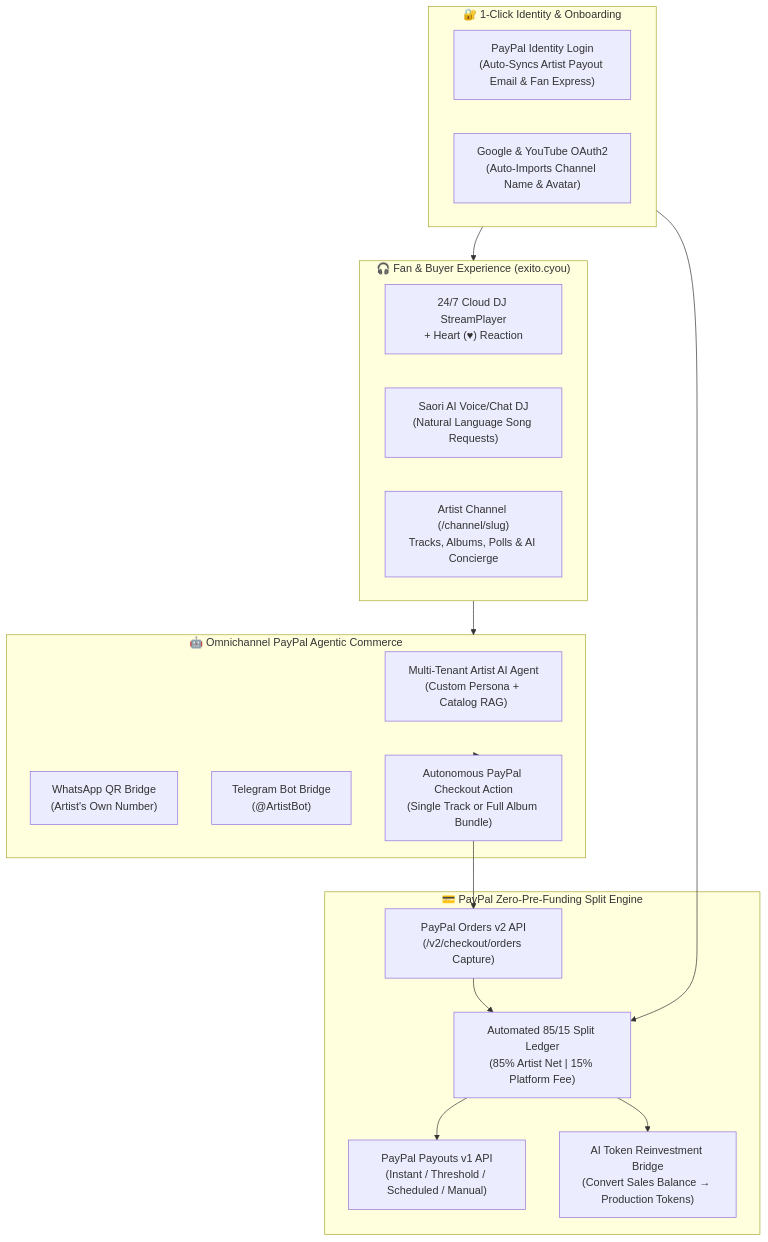
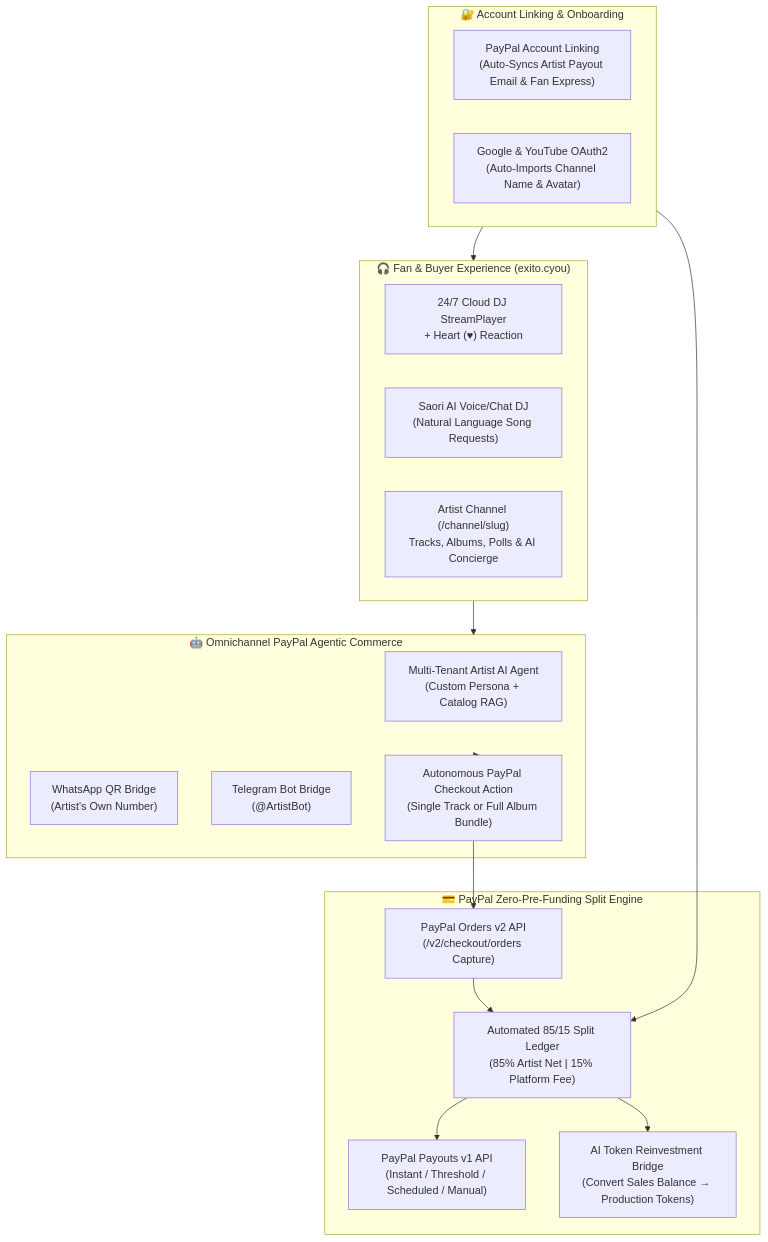
One commit to jonnathanypg/paypal-agentic-music-marketplace changed the diagram in README.md. Above: the diagram before and after it, drawn with Mermaid. The commit also changed other lines of this file and 25 other files, not shown here.

````diff
--- a/README.md
+++ b/README.md
@@ -48,36 +48,36 @@
 ```mermaid
 flowchart TB
-    subgraph Auth["🔐 1-Click Identity & Onboarding"]
-        PPLogin["PayPal Identity Login\n(Auto-Syncs Artist Payout Email & Fan Express)"]
+    subgraph Auth["🔐 Account Linking & Onboarding"]
+        PPLogin["PayPal Account Linking\n(Auto-Syncs Artist Payout Email & Fan Express)"]
         GLogin["Google & YouTube OAuth2\n(Auto-Imports Channel Name & Avatar)"]
     end
 
     subgraph FanExperience["🎧 Fan & Buyer Experience (exito.cyou)"]
         Player["24/7 Cloud DJ StreamPlayer\n+ Heart (♥) Reaction"]
         Saori["Saori AI Voice/Chat DJ\n(Natural Language Song Requests)"]
         ChannelPage["Artist Channel (/channel/slug)\nTracks, Albums, Polls & AI Concierge"]
     end
 
     subgraph AgenticLayer["🤖 Omnichannel PayPal Agentic Commerce"]
         ArtistRAG["Multi-Tenant Artist AI Agent\n(Custom Persona + Catalog RAG)"]
         WA["WhatsApp QR Bridge\n(Artist's Own Number)"]
         TG["Telegram Bot Bridge\n(@ArtistBot)"]
         CheckoutCard["Autonomous PayPal Checkout Action\n(Single Track or Full Album Bundle)"]
     end
 
     subgraph PayPalEngine["💳 PayPal Zero-Pre-Funding Split Engine"]
         PPOrders["PayPal Orders v2 API\n(/v2/checkout/orders Capture)"]
         SplitLedger["Automated 85/15 Split Ledger\n(85% Artist Net | 15% Platform Fee)"]
         PPPayouts["PayPal Payouts v1 API\n(Instant / Threshold / Scheduled / Manual)"]
         TokenBridge["AI Token Reinvestment Bridge\n(Convert Sales Balance → Production Tokens)"]
     end
 
     Auth --> FanExperience
     Auth --> SplitLedger
     FanExperience --> AgenticLayer
     AgenticLayer --> CheckoutCard
     CheckoutCard --> PPOrders
     PPOrders --> SplitLedger
     SplitLedger --> PPPayouts
     SplitLedger --> TokenBridge
 ```
````
